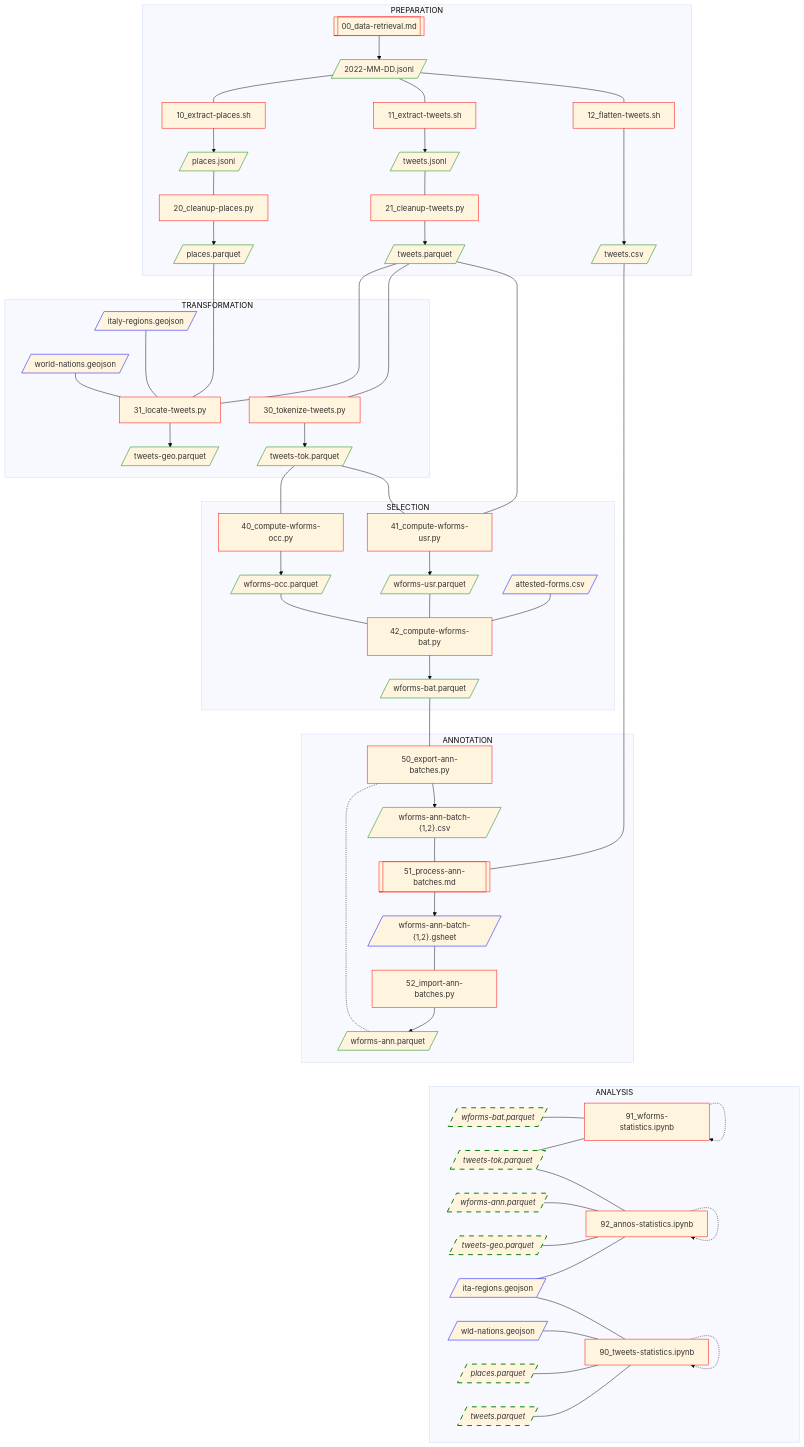
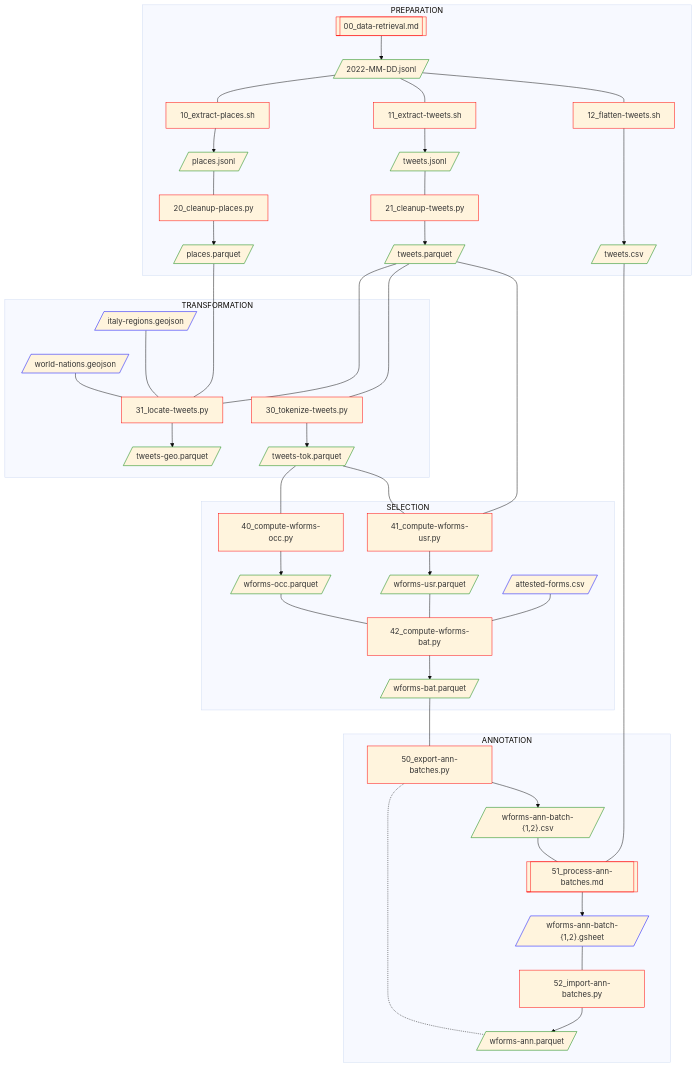
Before and after one commit to breviloquia-italica/pipeline: the diagram in README.md, drawn with Mermaid (base theme).

Commit message:
Little sense in tracing the analysis sector rn

```diff
--- a/README.md
+++ b/README.md
@@ -95,45 +95,38 @@
 
 end
 
-subgraph P5 [ANALYSIS]
-
-direction LR;
-
-90[90_tweets-statistics.ipynb]:::code;
-91[91_wforms-statistics.ipynb]:::code;
-92[92_annos-statistics.ipynb]:::code;
-
-places.parquet.ref[/places.parquet/]:::dataref;
-tweets.parquet.ref[/tweets.parquet/]:::dataref;
-tweets-tok.parquet.ref[/tweets-tok.parquet/]:::dataref;
-tweets-geo.parquet.ref[/tweets-geo.parquet/]:::dataref;
-wforms-bat.parquet.ref[/wforms-bat.parquet/]:::dataref;
-wforms-ann.parquet.ref[/wforms-ann.parquet/]:::dataref;
-
-wforms-bat.parquet.ref --- 91;
-tweets-tok.parquet.ref --- 91;
-tweets-tok.parquet.ref --- 92;
-wforms-ann.parquet.ref --- 92;
-tweets-geo.parquet.ref --- 92;
-_04[/ita-regions.geojson/]:::extdata --- 92;
-_04[/ita-regions.geojson/]:::extdata --- 90;
-_05[/wld-nations.geojson/]:::extdata --- 90;
-places.parquet.ref --- 90;
-tweets.parquet.ref --- 90;
-
-90 -.-> 90;
-91 -.-> 91;
-92 -.-> 92;
-
-end
-
+%%subgraph P5 [ANALYSIS]
+%%direction LR;
+%%90[90_tweets-statistics.ipynb]:::code;
+%%91[91_wforms-statistics.ipynb]:::code;
+%%92[92_annos-statistics.ipynb]:::code;
+%%places.parquet.ref[/places.parquet/]:::dataref;
+%%tweets.parquet.ref[/tweets.parquet/]:::dataref;
+%%tweets-tok.parquet.ref[/tweets-tok.parquet/]:::dataref;
+%%tweets-geo.parquet.ref[/tweets-geo.parquet/]:::dataref;
+%%wforms-bat.parquet.ref[/wforms-bat.parquet/]:::dataref;
+%%wforms-ann.parquet.ref[/wforms-ann.parquet/]:::dataref;
+%%wforms-bat.parquet.ref --- 91;
+%%tweets-tok.parquet.ref --- 91;
+%%tweets-tok.parquet.ref --- 92;
+%%wforms-ann.parquet.ref --- 92;
+%%tweets-geo.parquet.ref --- 92;
+%%_04[/ita-regions.geojson/]:::extdata --- 92;
+%%_04[/ita-regions.geojson/]:::extdata --- 90;
+%%_05[/wld-nations.geojson/]:::extdata --- 90;
+%%places.parquet.ref --- 90;
+%%tweets.parquet.ref --- 90;
+%%90 -.-> 90;
+%%91 -.-> 91;
+%%92 -.-> 92;
+%%end
 %%P1 -.- P5;
 %%P2 -.- P5;
 %%P3 -.- P5;
 %%P4 -.- P5;
+%%P4 ~~~~~~~~ P5;
 
 P1 ~~~~~~~~ P2;
-P4 ~~~~~~~~ P5;
 
 classDef code stroke:red;
 classDef data stroke:green;
```
